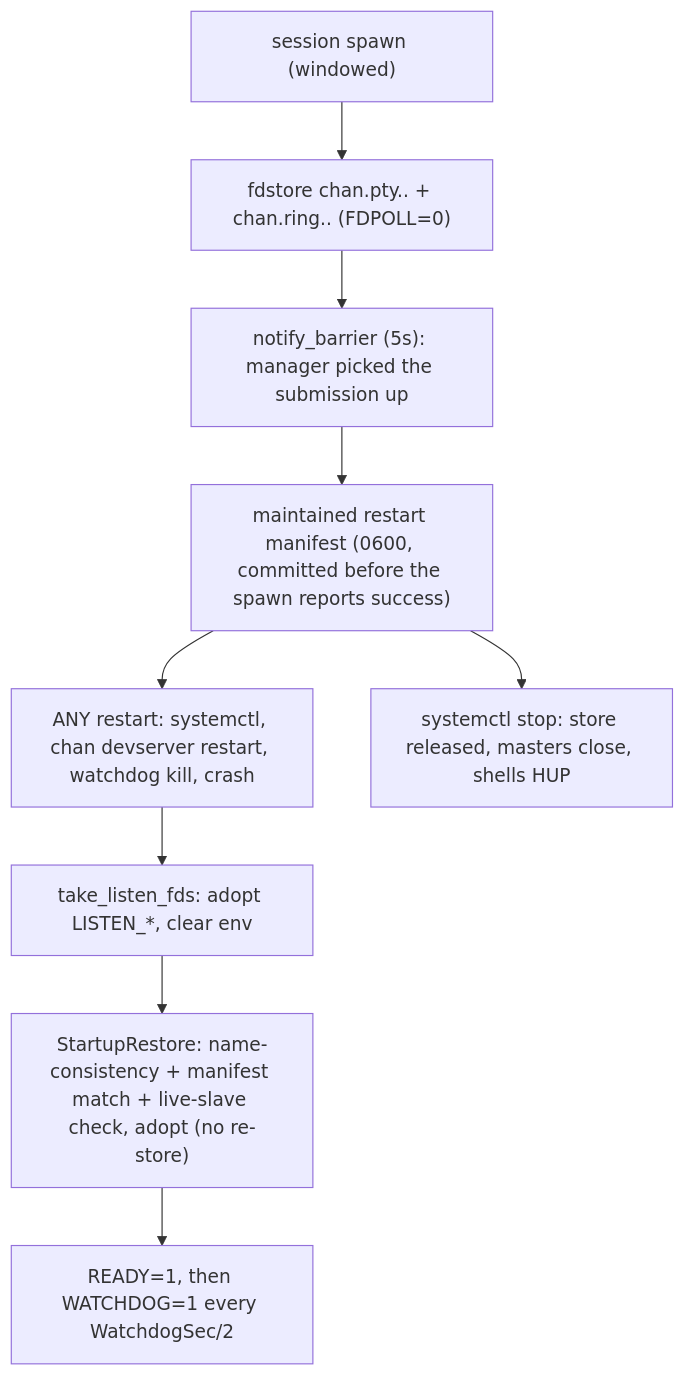
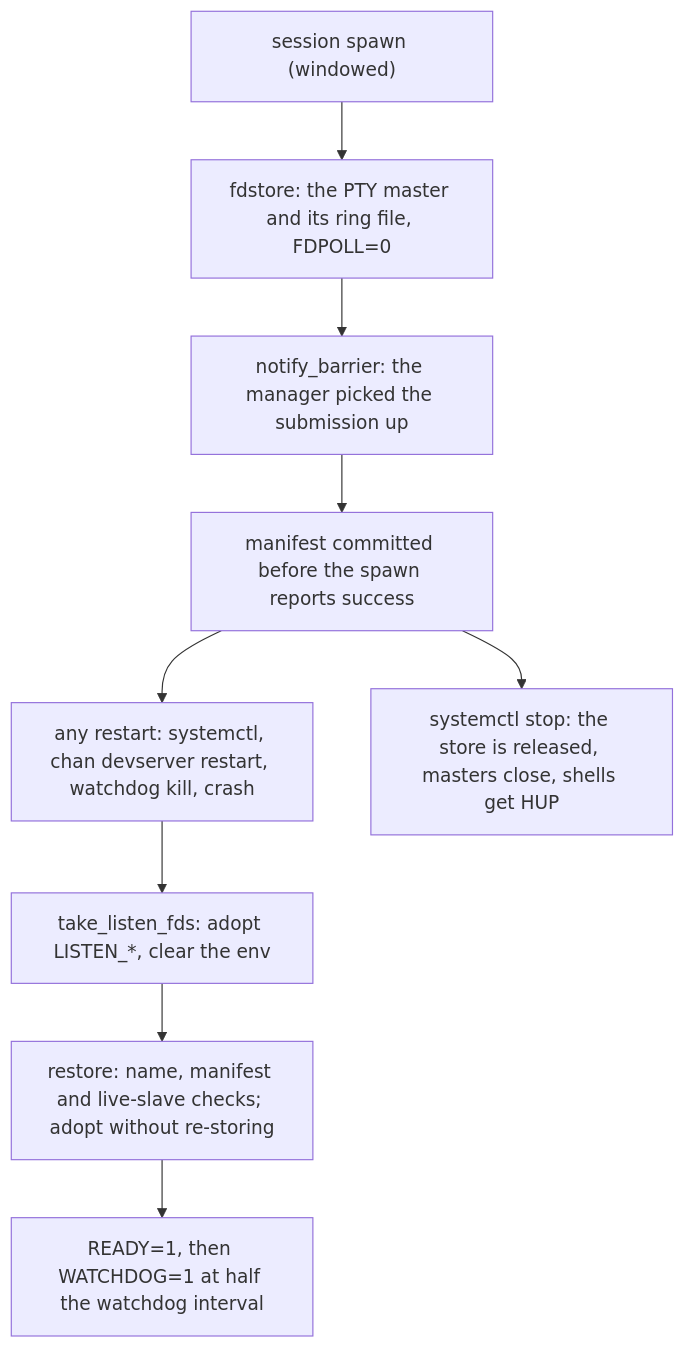
One commit to fiorix/chan changed the second of 2 diagrams in crates/chan-systemd/design.md. Above: the diagram before and after it, drawn with Mermaid. The commit also changed other lines of this file and 17 other files, not shown here.

````diff
--- a/crates/chan-systemd/design.md
+++ b/crates/chan-systemd/design.md
@@ -16,11 +35,11 @@
 ```mermaid
 flowchart TB
-  Spawn["session spawn (windowed)"] --> Up["fdstore chan.pty.<session>.<pid> + chan.ring.<session>.<pid> (FDPOLL=0)"]
-  Up --> Bar["notify_barrier (5s): manager picked the submission up"]
-  Bar --> Man["maintained restart manifest (0600, committed before the spawn reports success)"]
-  Man --> AnyRestart["ANY restart: systemctl, chan devserver restart, watchdog kill, crash"]
-  AnyRestart --> Take["take_listen_fds: adopt LISTEN_*, clear env"]
-  Take --> Restore["StartupRestore: name-consistency + manifest match + live-slave check, adopt (no re-store)"]
-  Restore --> Serve["READY=1, then WATCHDOG=1 every WatchdogSec/2"]
-  Man --> Stop["systemctl stop: store released, masters close, shells HUP"]
+  Spawn["session spawn (windowed)"] --> Up["fdstore: the PTY master and its ring file, FDPOLL=0"]
+  Up --> Bar["notify_barrier: the manager picked the submission up"]
+  Bar --> Man["manifest committed before the spawn reports success"]
+  Man --> AnyRestart["any restart: systemctl, chan devserver restart, watchdog kill, crash"]
+  AnyRestart --> Take["take_listen_fds: adopt LISTEN_*, clear the env"]
+  Take --> Restore["restore: name, manifest and live-slave checks; adopt without re-storing"]
+  Restore --> Serve["READY=1, then WATCHDOG=1 at half the watchdog interval"]
+  Man --> Stop["systemctl stop: the store is released, masters close, shells get HUP"]
 ```
````
